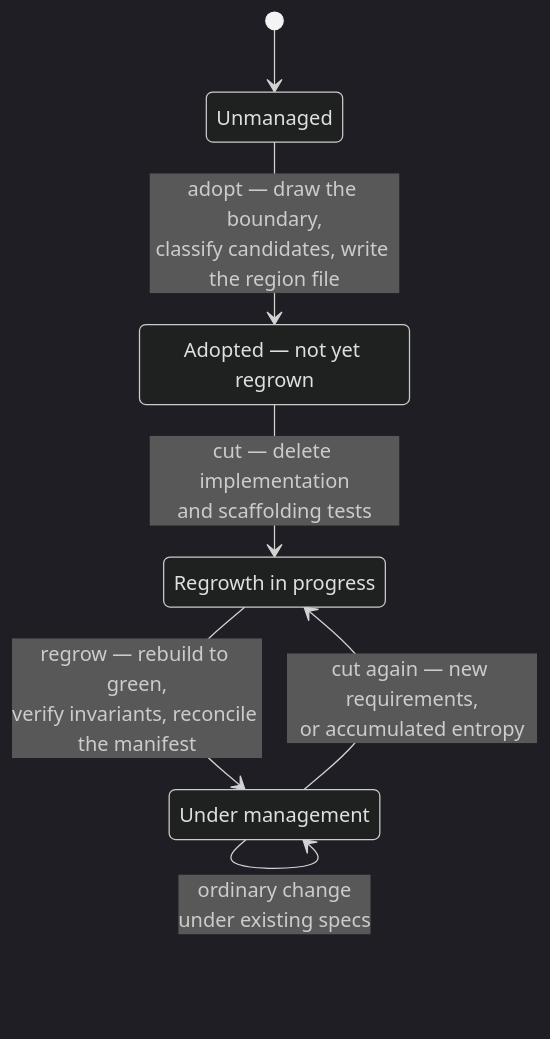
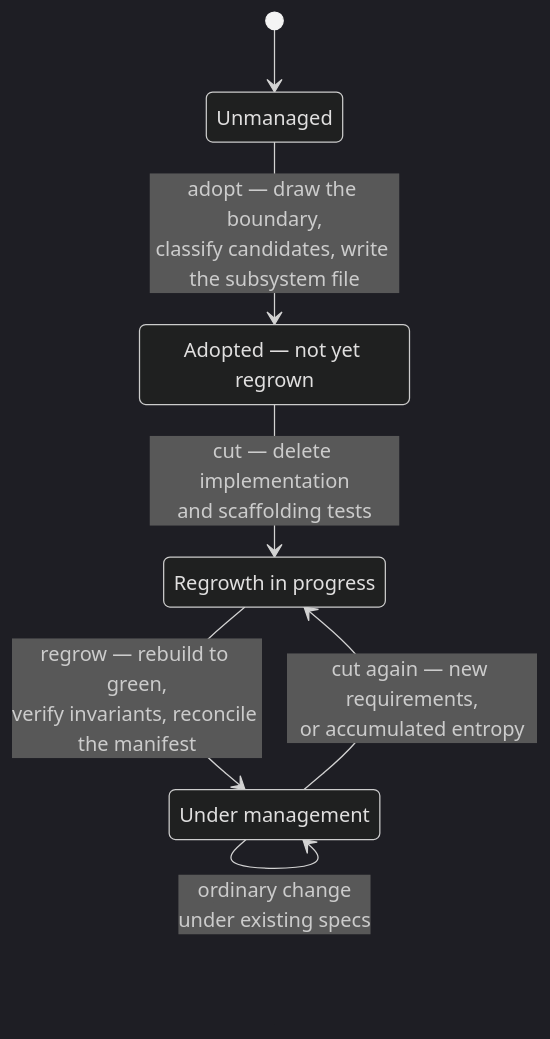
Before and after one commit to infews/specs_of_theseus: the diagram in skills/specs-of-theseus/SKILL.md, drawn with Mermaid (dark theme). The commit also changed other lines of this file and 9 other files, not shown here.

Commit message:
Updates directory structure in a project, and removes "region" for "subsystem".

````diff
--- a/skills/specs-of-theseus/SKILL.md
+++ b/skills/specs-of-theseus/SKILL.md
@@ -29,14 +29,14 @@
 ```mermaid
 stateDiagram-v2
     [*] --> Unmanaged
-    Unmanaged --> Adopted: adopt — draw the boundary,<br/>classify candidates, write the region file
+    Unmanaged --> Adopted: adopt — draw the boundary,<br/>classify candidates, write the subsystem file
     Adopted --> Regrowing: cut — delete implementation<br/>and scaffolding tests
     Regrowing --> Managed: regrow — rebuild to green,<br/>verify invariants, reconcile the manifest
     Managed --> Regrowing: cut again — new requirements,<br/>or accumulated entropy
     Managed --> Managed: ordinary change<br/>under existing specs
 
     Unmanaged: Unmanaged
     Adopted: Adopted — not yet regrown
     Regrowing: Regrowth in progress
     Managed: Under management
 ```
````
